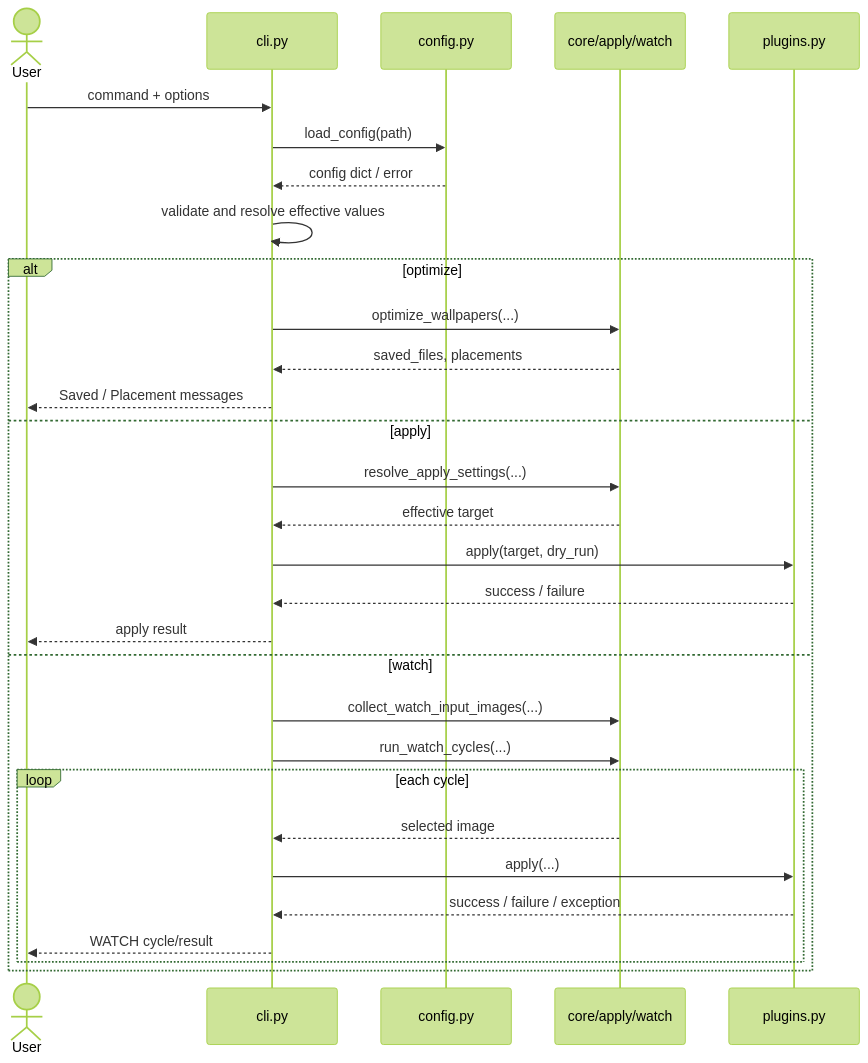
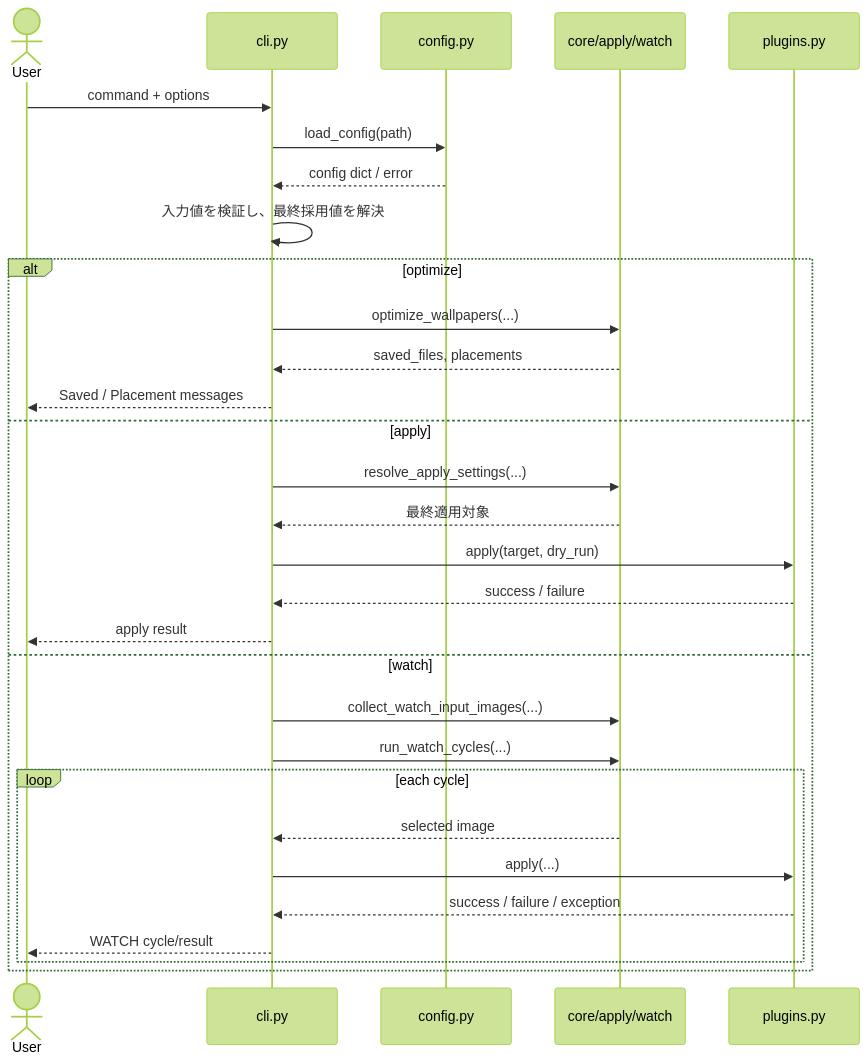
One commit to oggy8021/Harite changed the diagram in docs/specs/cli/harite-cli-spec.md. Above: the diagram before and after it, drawn with Mermaid (forest theme). The commit also changed other lines of this file and 85 other files, not shown here.

````diff
--- a/docs/specs/cli/harite-cli-spec.md
+++ b/docs/specs/cli/harite-cli-spec.md
@@ -20,34 +30,34 @@
 ```mermaid
 sequenceDiagram
     actor User
     participant CLI as cli.py
     participant Config as config.py
     participant Core as core/apply/watch
     participant Plugin as plugins.py
 
     User->>CLI: command + options
     CLI->>Config: load_config(path)
     Config-->>CLI: config dict / error
-    CLI->>CLI: validate and resolve effective values
+    CLI->>CLI: 入力値を検証し、最終採用値を解決
 
     alt optimize
         CLI->>Core: optimize_wallpapers(...)
         Core-->>CLI: saved_files, placements
         CLI-->>User: Saved / Placement messages
     else apply
         CLI->>Core: resolve_apply_settings(...)
-        Core-->>CLI: effective target
+        Core-->>CLI: 最終適用対象
         CLI->>Plugin: apply(target, dry_run)
         Plugin-->>CLI: success / failure
         CLI-->>User: apply result
     else watch
         CLI->>Core: collect_watch_input_images(...)
         CLI->>Core: run_watch_cycles(...)
         loop each cycle
             Core-->>CLI: selected image
             CLI->>Plugin: apply(...)
             Plugin-->>CLI: success / failure / exception
             CLI-->>User: WATCH cycle/result
         end
     end
 ```
````
